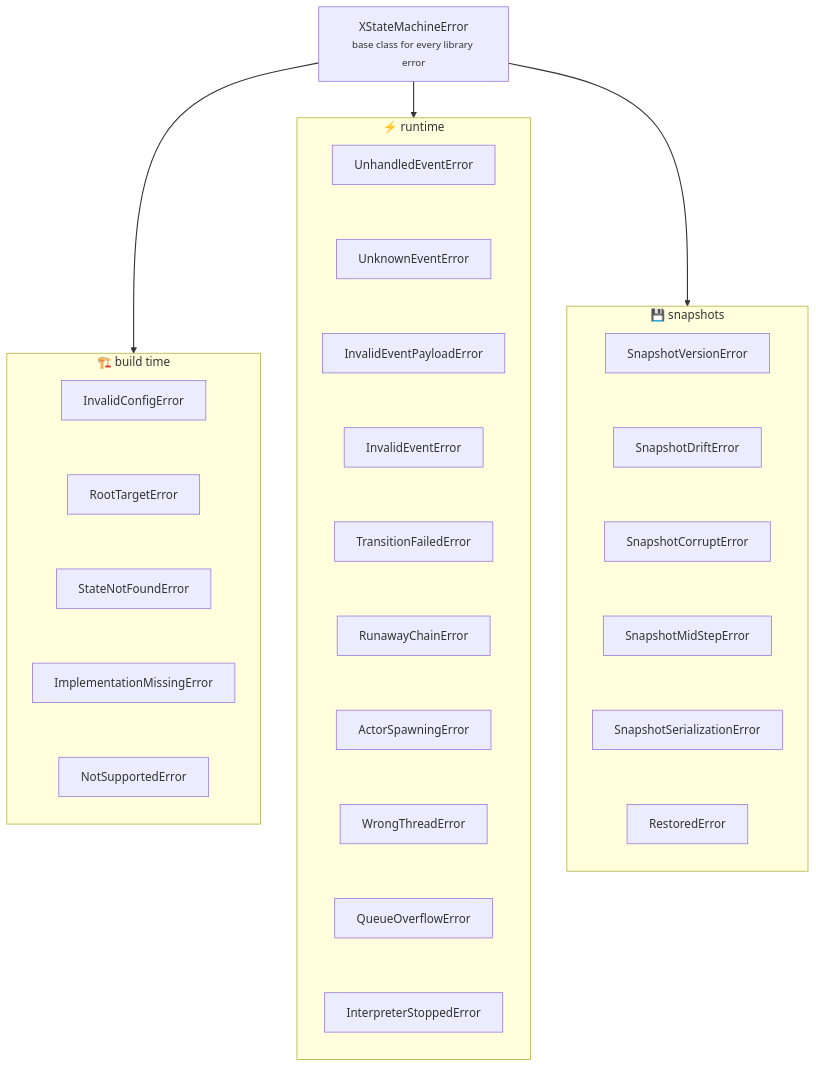
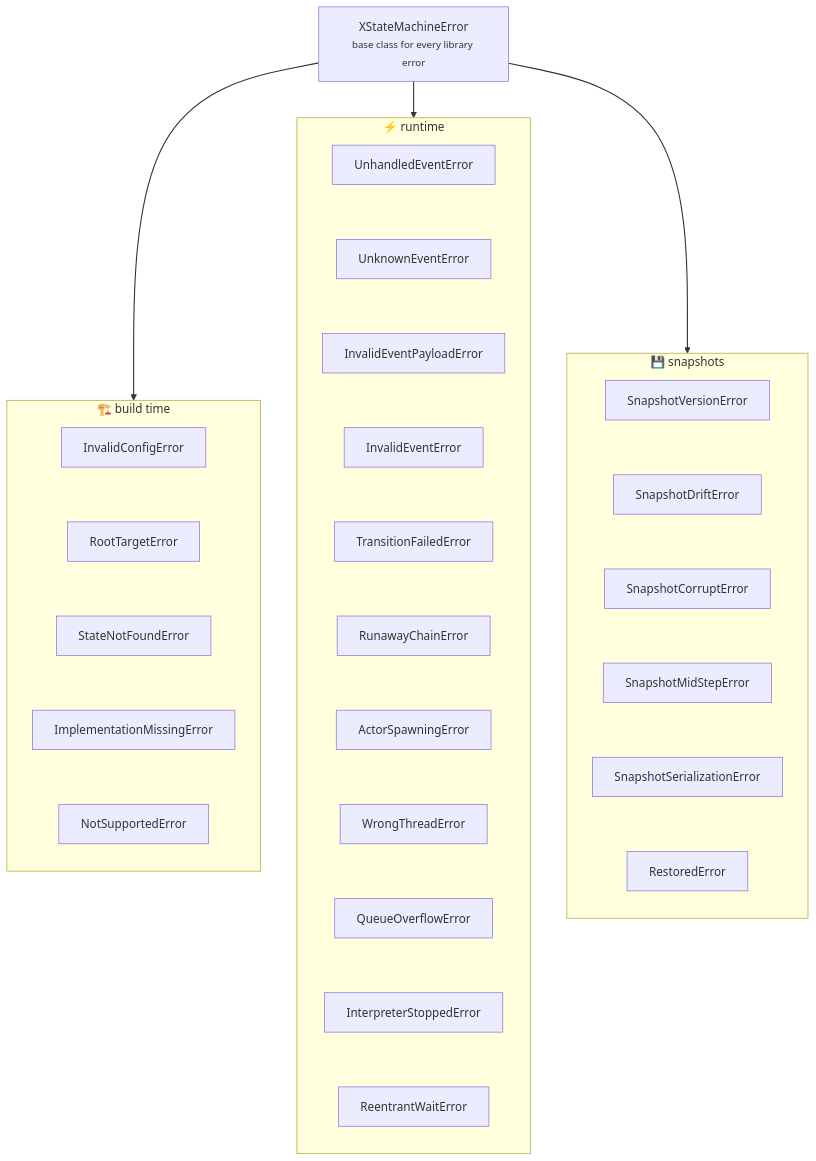
Before and after one commit to basiltt/xstate-statemachine: the diagram in docs/_guide/troubleshooting.md, drawn with Mermaid. The commit also changed other lines of this file and 18 other files, not shown here.

````diff
--- a/docs/_guide/troubleshooting.md
+++ b/docs/_guide/troubleshooting.md
@@ -14,22 +14,23 @@
 ```mermaid
 flowchart TB
     root["XStateMachineError<br/><small>base class for every library error</small>"]
     root --> build & run & snap
     subgraph build["🏗️ build time"]
         direction TB
         InvalidConfigError --- RootTargetError --- StateNotFoundError --- ImplementationMissingError --- NotSupportedError
     end
     subgraph run["⚡ runtime"]
         direction TB
         UnhandledEventError --- UnknownEventError --- InvalidEventPayloadError --- InvalidEventError
         InvalidEventError --- TransitionFailedError --- RunawayChainError --- ActorSpawningError
         ActorSpawningError --- WrongThreadError --- QueueOverflowError --- InterpreterStoppedError
+        InterpreterStoppedError --- ReentrantWaitError
     end
     subgraph snap["💾 snapshots"]
         direction TB
         SnapshotVersionError --- SnapshotDriftError --- SnapshotCorruptError
         SnapshotCorruptError --- SnapshotMidStepError --- SnapshotSerializationError --- RestoredError
     end
     linkStyle default stroke-width:0px
     linkStyle 0,1,2 stroke-width:1.5px
 ```
````
